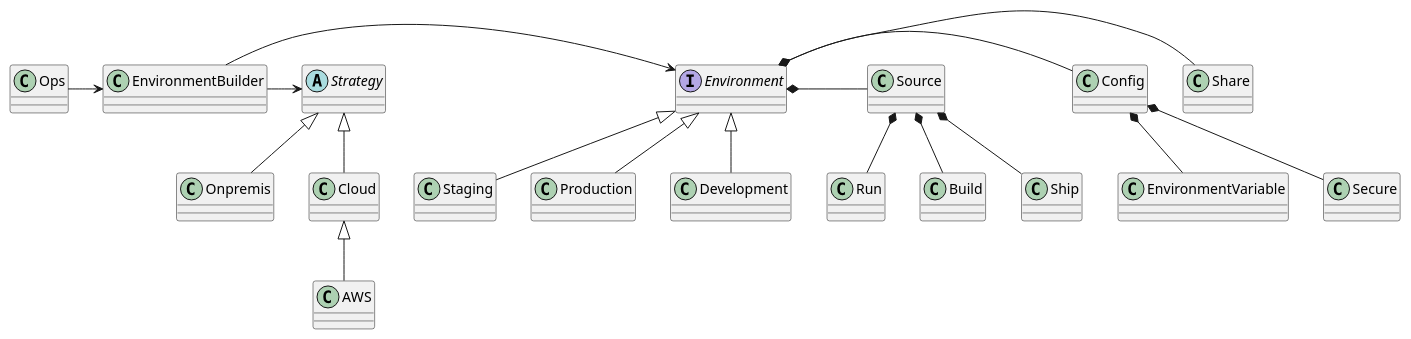
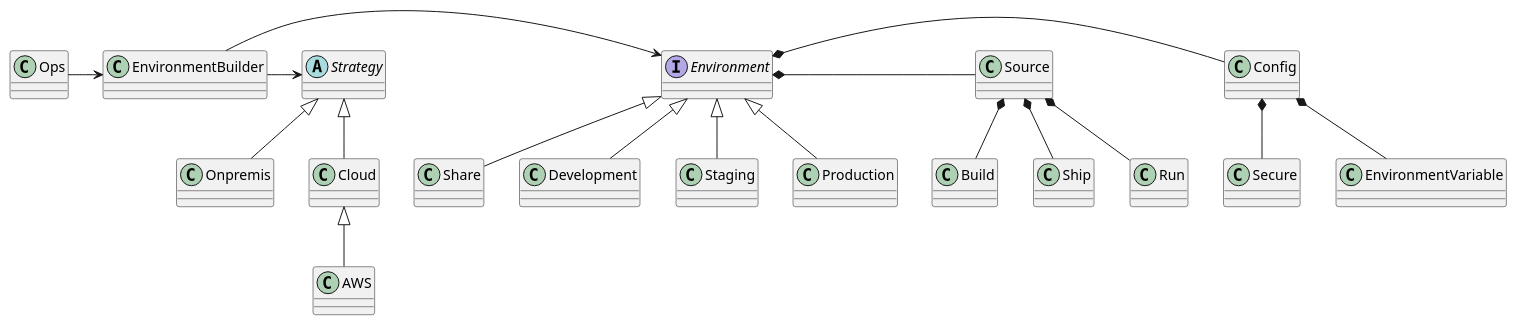
Before and after one commit to k2works/etude_for_ops: the second of 2 diagrams in docs/_spec.md, drawn with PlantUML. The commit also changed 21 other files, not shown here.

````diff
--- a/docs/_spec.md
+++ b/docs/_spec.md
@@ -37,35 +37,35 @@
 ```puml
 Environment <|-- Development
 Environment <|-- Staging
 Environment <|-- Production
-Environment *--r Share
+Environment <|-- Share
 Environment *--r Config
 Environment *--r Source
 Source *-- Build
 Source *-- Ship
 Source *-- Run
 Config *-- EnvironmentVariable
 Config *-- Secure
 Strategy <|-- Onpremis
 Strategy <|-- Cloud
 Ops --r> EnvironmentBuilder
 EnvironmentBuilder --r> Environment
 EnvironmentBuilder --r> Strategy
 Cloud <|-- AWS
 
 class Ops
 Interface Environment
 class Development
 class Staging
 class Production
 abstract Strategy
 class Share
 class Config
 class Source
 class Build
 class Ship
 class Run
 class Onpremis
 class Cloud
 class AWS
 ```
````
